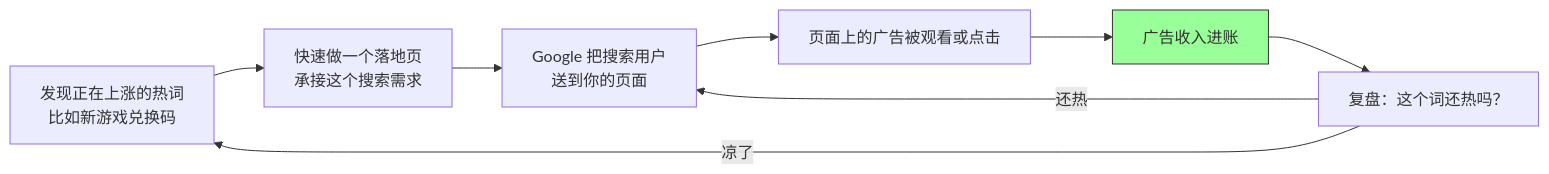
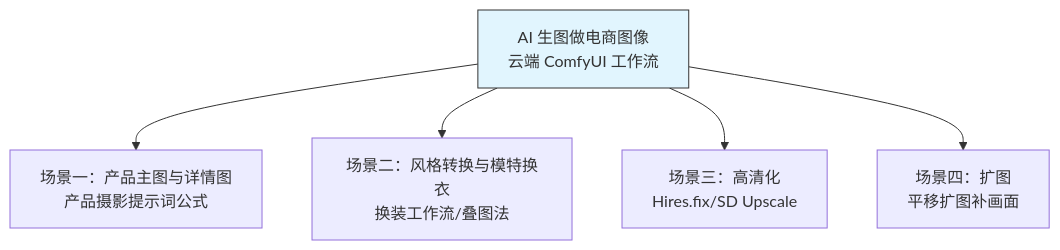
One commit to OpenDocCN1/flygon-dahanghai changed the first of 4 diagrams in docs/book/ch29.md. Above: the diagram before and after it, drawn with Mermaid. The commit also changed other lines of this file and 1 other file, not shown here.

````diff
--- a/docs/book/ch29.md
+++ b/docs/book/ch29.md
@@ -26,11 +32,8 @@
 ```mermaid
-graph LR
-    A[发现正在上涨的热词<br>比如新游戏兑换码] --> B[快速做一个落地页<br>承接这个搜索需求]
-    B --> C[Google 把搜索用户<br>送到你的页面]
-    C --> D[页面上的广告被观看或点击]
-    D --> E[广告收入进账]
-    E --> F[复盘：这个词还热吗？]
-    F -->|还热| C
-    F -->|凉了| A
-    style E fill:#9f9,stroke:#333
+graph TD
+    A[AI 生图做电商图像<br>云端 ComfyUI 工作流] --> B[场景一：产品主图与详情图<br>产品摄影提示词公式]
+    A --> C[场景二：风格转换与模特换衣<br>换装工作流/叠图法]
+    A --> D[场景三：高清化<br>Hires.fix/SD Upscale]
+    A --> E[场景四：扩图<br>平移扩图补画面]
+    style A fill:#e1f5fe,stroke:#333
 ```
````
